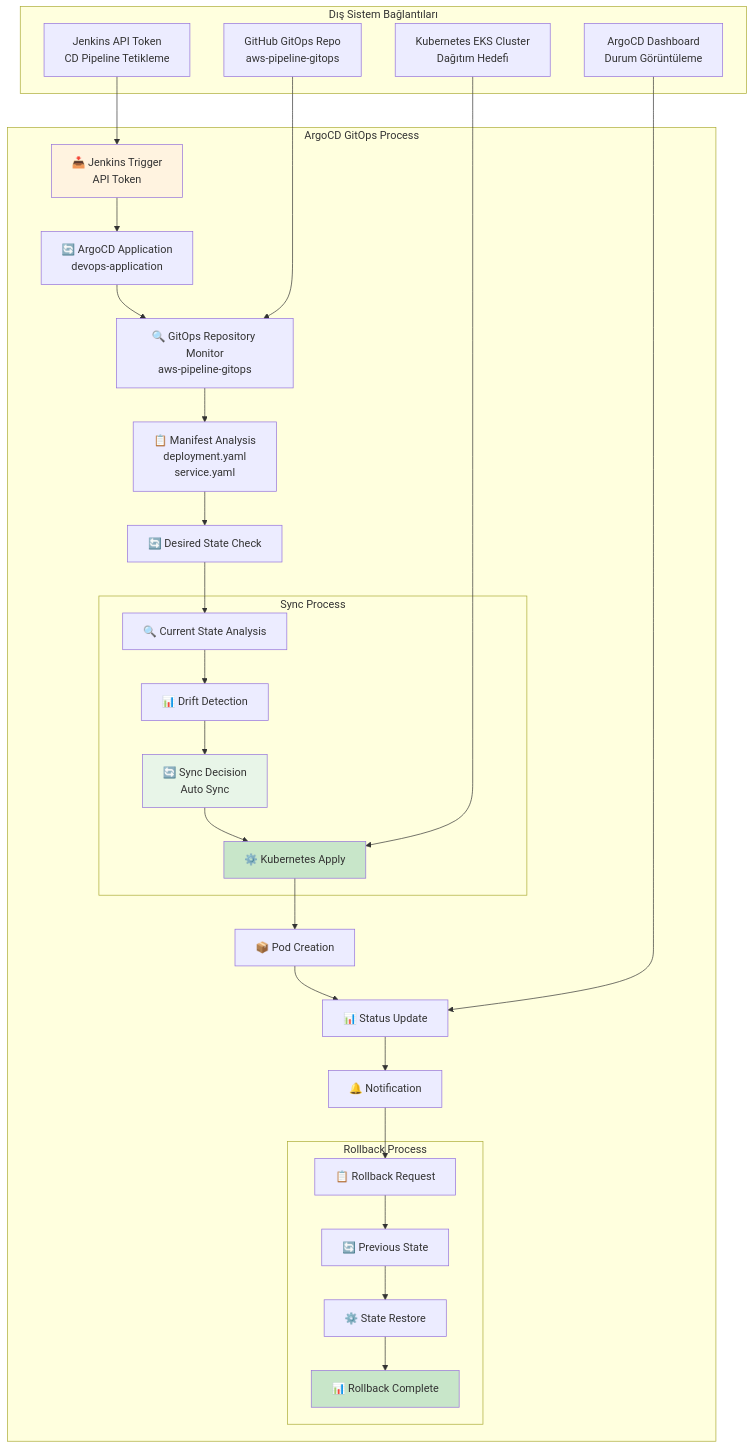
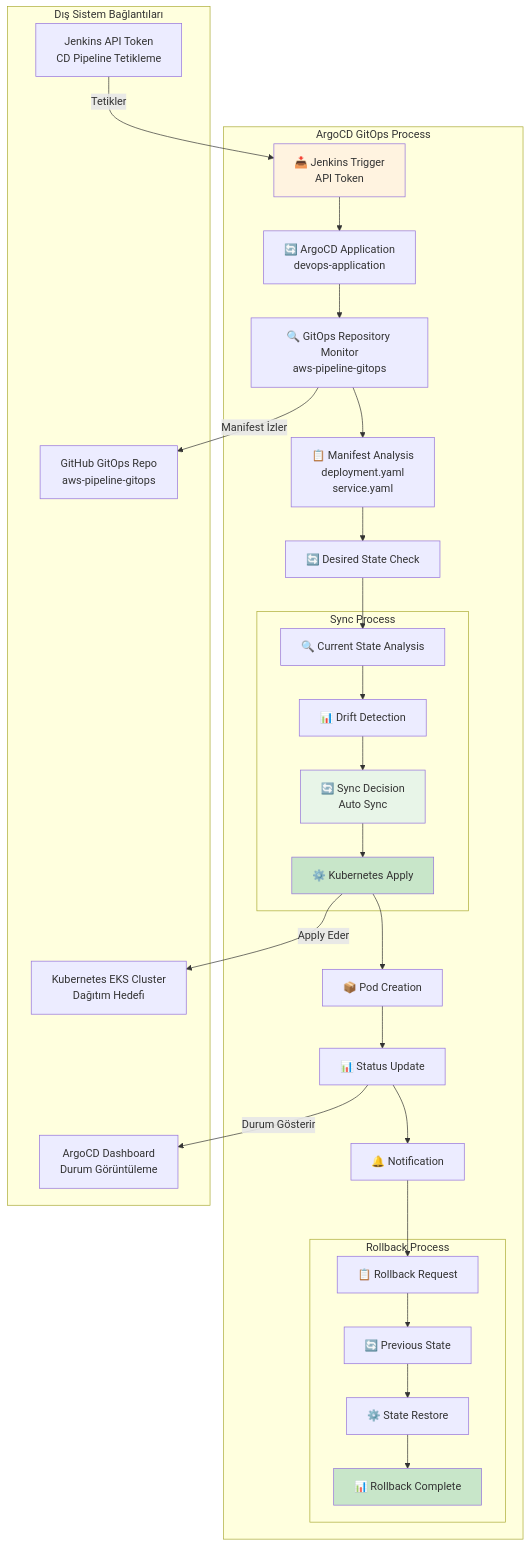
Before and after one commit to onurglr/aws-pipeline: the sixth of 9 diagrams in detailed-devops-diagrams.md, drawn with Mermaid. The commit also changed other lines of this file, not shown here.

````diff
--- a/detailed-devops-diagrams.md
+++ b/detailed-devops-diagrams.md
@@ -222,45 +222,45 @@
 ```mermaid
 graph TB
     subgraph "ArgoCD GitOps Process"
         A[📥 Jenkins Trigger<br/>API Token] --> B[🔄 ArgoCD Application<br/>devops-application]
         B --> C[🔍 GitOps Repository Monitor<br/>aws-pipeline-gitops]
         C --> D[📋 Manifest Analysis<br/>deployment.yaml<br/>service.yaml]
         D --> E[🔄 Desired State Check]
         
         subgraph "Sync Process"
             E1[🔍 Current State Analysis]
             E2[📊 Drift Detection]
             E3[🔄 Sync Decision<br/>Auto Sync]
             E4[⚙️ Kubernetes Apply]
         end
         
         E --> E1
         E1 --> E2
         E2 --> E3
         E3 --> E4
         
         E4 --> F[📦 Pod Creation]
         F --> G[📊 Status Update]
         G --> H[🔔 Notification]
         
         subgraph "Rollback Process"
             I[📋 Rollback Request] --> J[🔄 Previous State]
             J --> K[⚙️ State Restore]
             K --> L[📊 Rollback Complete]
         end
         
         H --> I
     end
     
     subgraph "Dış Sistem Bağlantıları"
-        M[Jenkins API Token<br/>CD Pipeline Tetikleme] --> A
-        N[GitHub GitOps Repo<br/>aws-pipeline-gitops] --> C
-        O[Kubernetes EKS Cluster<br/>Dağıtım Hedefi] --> E4
-        P[ArgoCD Dashboard<br/>Durum Görüntüleme] --> G
+        M[Jenkins API Token<br/>CD Pipeline Tetikleme] -->|Tetikler| A
+        C -->|Manifest İzler| N[GitHub GitOps Repo<br/>aws-pipeline-gitops]
+        E4 -->|Apply Eder| O[Kubernetes EKS Cluster<br/>Dağıtım Hedefi]
+        G -->|Durum Gösterir| P[ArgoCD Dashboard<br/>Durum Görüntüleme]
     end
     
     style A fill:#fff3e0
     style E3 fill:#e8f5e8
     style E4 fill:#c8e6c9
     style L fill:#c8e6c9
 ```
````
